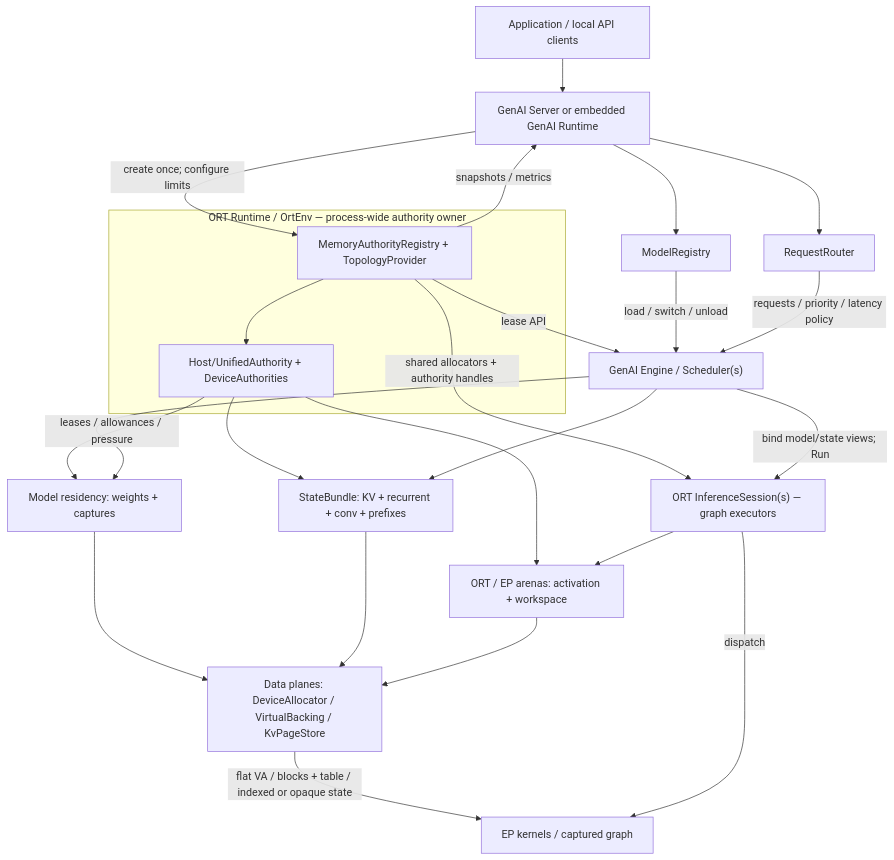
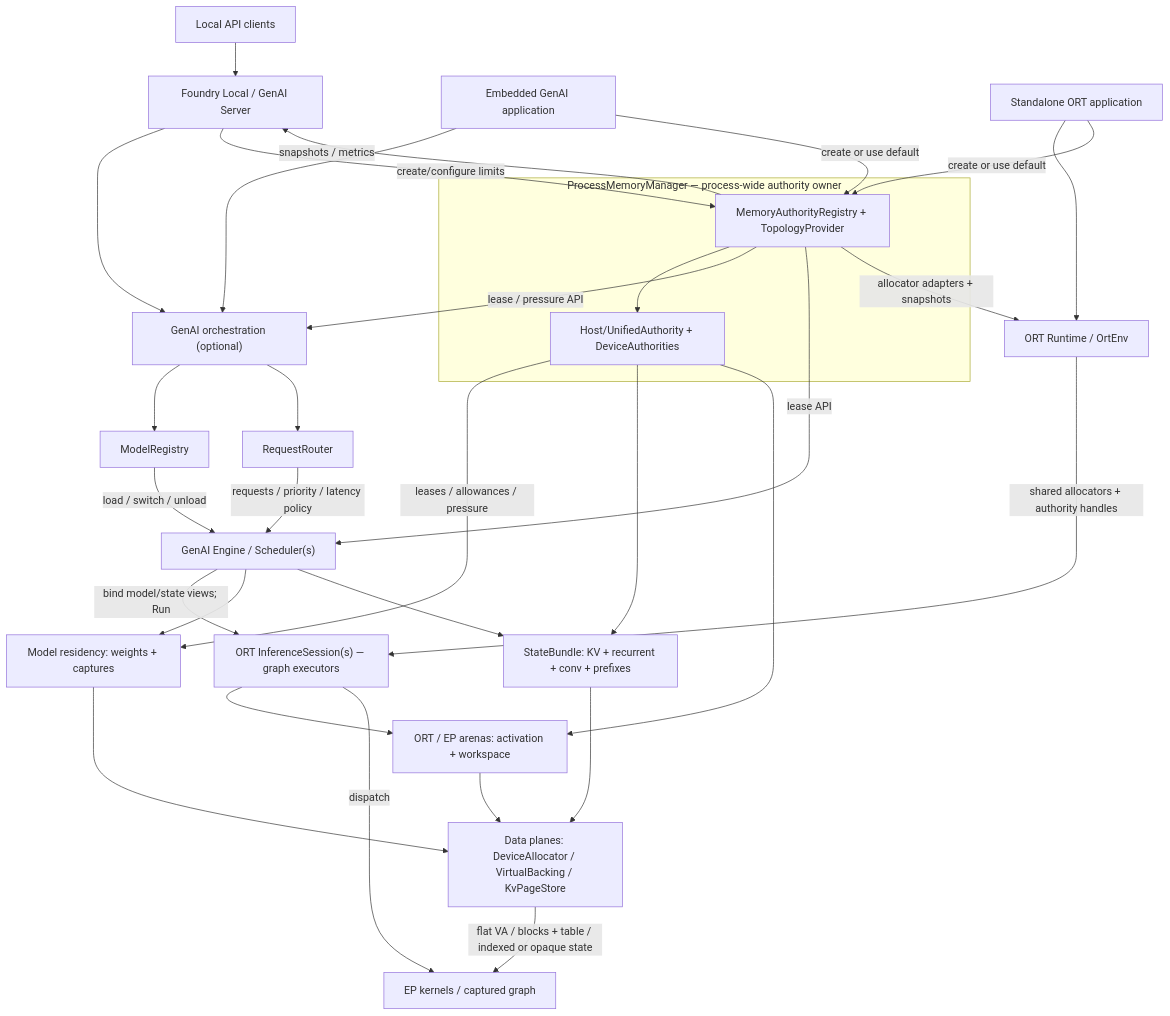
One commit to justinchuby/onnx-genai changed the diagram in docs/MEMORY_MANAGEMENT_MODEL_DESIGN.md. Above: the diagram before and after it, drawn with Mermaid. The commit also changed other lines of this file, not shown here.

Commit message:
docs: separate memory manager from OrtEnv

````diff
--- a/docs/MEMORY_MANAGEMENT_MODEL_DESIGN.md
+++ b/docs/MEMORY_MANAGEMENT_MODEL_DESIGN.md
@@ -56,33 +56,41 @@
 ```mermaid
 flowchart TD
-    Client["Application / local API clients"] --> GenAI
-    GenAI["GenAI Server or embedded GenAI Runtime"] --> Registry["ModelRegistry"]
+    Client["Local API clients"] --> Foundry["Foundry Local / GenAI Server"]
+    Foundry --> GenAI["GenAI orchestration (optional)"]
+    Embedded["Embedded GenAI application"] --> GenAI
+    Standalone["Standalone ORT application"] --> Env
+
+    GenAI --> Registry["ModelRegistry"]
     GenAI --> Router["RequestRouter"]
     Registry -->|"load / switch / unload"| Engine
     Router -->|"requests / priority / latency policy"| Engine
 
-    subgraph ORT["ORT Runtime / OrtEnv — process-wide authority owner"]
+    subgraph Memory["ProcessMemoryManager — process-wide authority owner"]
         Resources["MemoryAuthorityRegistry + TopologyProvider"]
         Authorities["Host/UnifiedAuthority + DeviceAuthorities"]
         Resources --> Authorities
     end
 
-    GenAI -->|"create once; configure limits"| Resources
-    Resources -->|"snapshots / metrics"| GenAI
+    Foundry -->|"create/configure limits"| Resources
+    Embedded -->|"create or use default"| Resources
+    Standalone -->|"create or use default"| Resources
+    Resources -->|"snapshots / metrics"| Foundry
+    Resources -->|"lease / pressure API"| GenAI
     Resources -->|"lease API"| Engine["GenAI Engine / Scheduler(s)"]
-    Resources -->|"shared allocators + authority handles"| Session["ORT InferenceSession(s) — graph executors"]
+    Resources -->|"allocator adapters + snapshots"| Env["ORT Runtime / OrtEnv"]
+    Env -->|"shared allocators + authority handles"| Session["ORT InferenceSession(s) — graph executors"]
     Engine -->|"bind model/state views; Run"| Session
 
     Authorities -->|"leases / allowances / pressure"| Weights["Model residency: weights + captures"]
     Authorities --> State["StateBundle: KV + recurrent + conv + prefixes"]
     Authorities --> Arenas["ORT / EP arenas: activation + workspace"]
     Engine --> Weights
     Engine --> State
     Session --> Arenas
 
     Weights --> Data["Data planes: DeviceAllocator / VirtualBacking / KvPageStore"]
     State --> Data
     Arenas --> Data
     Data -->|"flat VA / blocks + table / indexed or opaque state"| Kernels["EP kernels / captured graph"]
     Session -->|"dispatch"| Kernels
 ```
````
